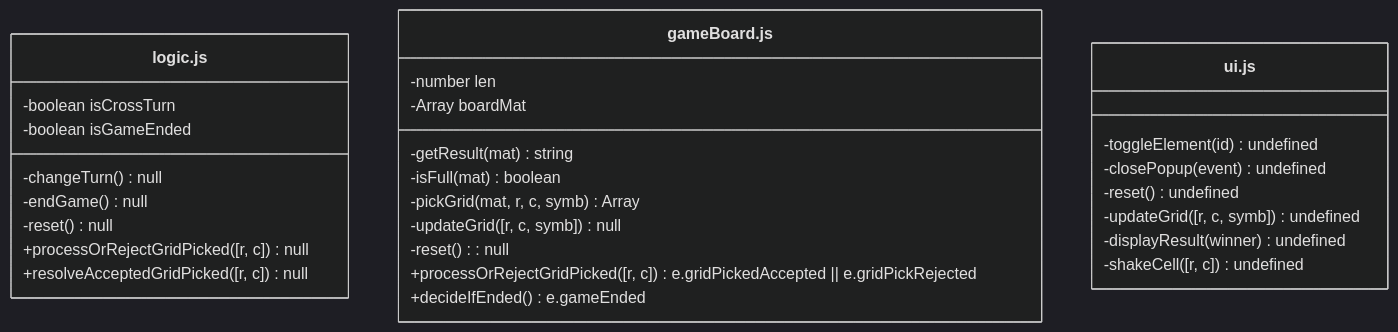
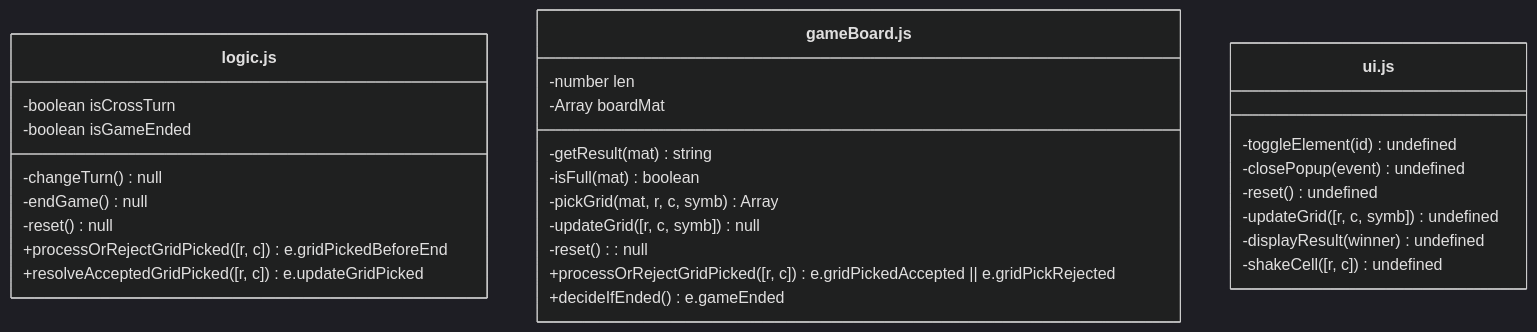
Before and after one commit to kentshenlim/Tic-Tac-Toe: the first of 2 diagrams in README.md, drawn with Mermaid (dark theme). The commit also changed other lines of this file, not shown here.

````diff
--- a/README.md
+++ b/README.md
@@ -21,33 +21,33 @@
   ```mermaid
     classDiagram
         class Logic["logic.js"] {
             -boolean isCrossTurn
             -boolean isGameEnded
             -changeTurn() null
             -endGame() null
             -reset() null
-            +processOrRejectGridPicked([r, c]) null
-            +resolveAcceptedGridPicked([r, c]) null
+            +processOrRejectGridPicked([r, c]) e.gridPickedBeforeEnd
+            +resolveAcceptedGridPicked([r, c]) e.updateGridPicked
         }
 
         class GameBoard["gameBoard.js"] {
             -number len
             -Array boardMat
             -getResult(mat) string
             -isFull(mat) boolean
             -pickGrid(mat, r, c, symb) Array
             -updateGrid([r, c, symb]) null
             -reset(): null
             +processOrRejectGridPicked([r, c]) e.gridPickedAccepted || e.gridPickRejected
             +decideIfEnded() e.gameEnded
         }
 
         class UI["ui.js"] {
             -toggleElement(id)  undefined
             -closePopup(event) undefined
             -reset() undefined
             -updateGrid([r, c, symb]) undefined
             -displayResult(winner) undefined
             -shakeCell([r, c]) undefined
     }
   ```
````
